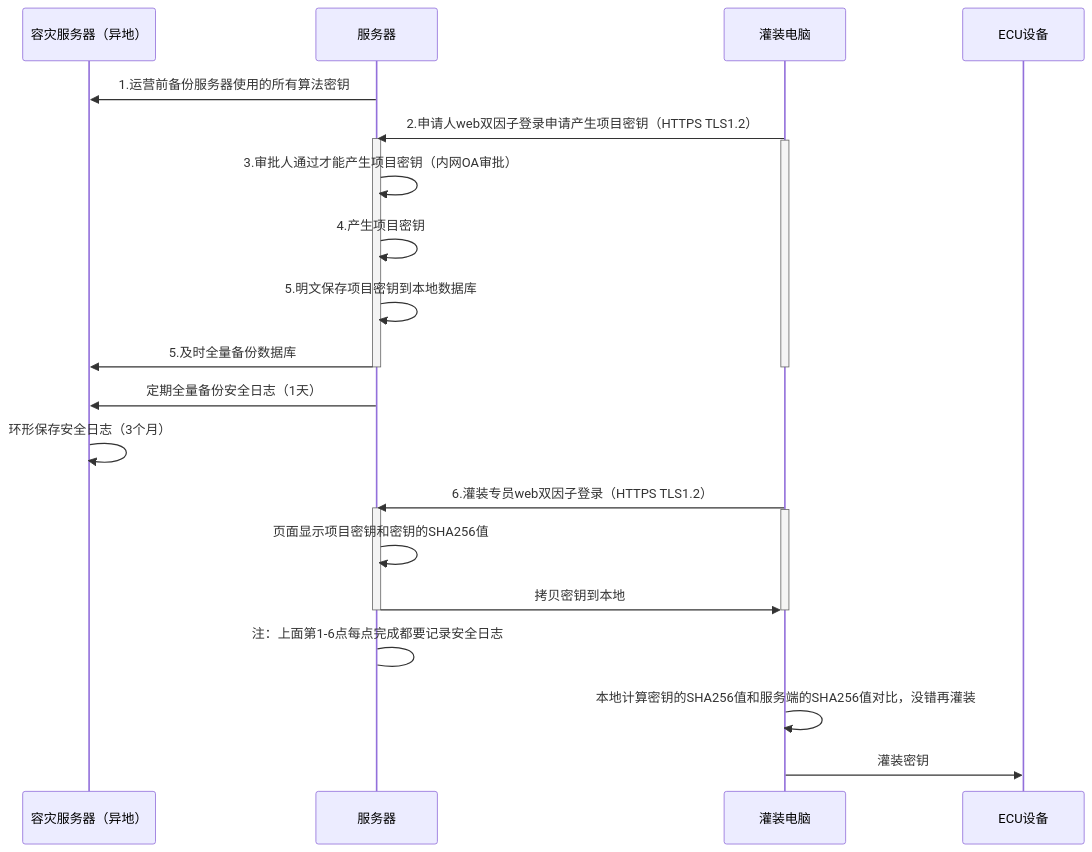
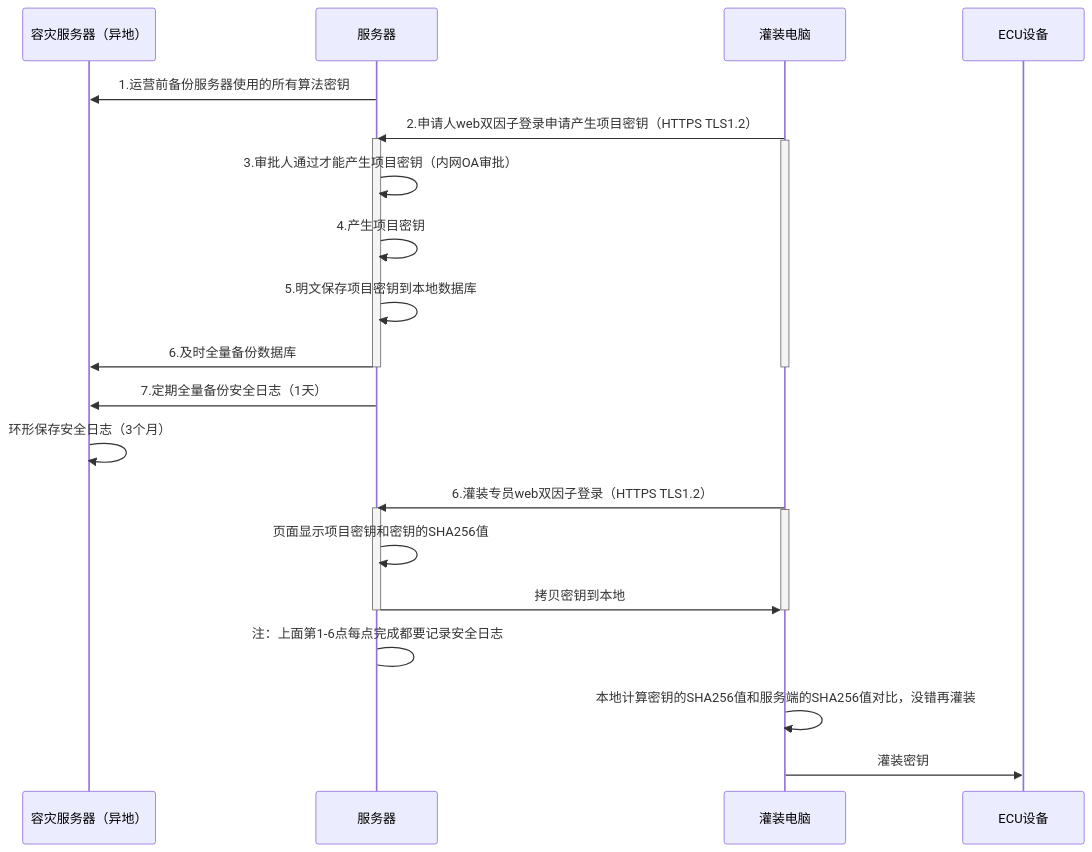
The diagram in all/未命名-25.md (facebook-cloud/iodraw-files), drawn with Mermaid before and after one commit.

Commit message:
2026-04-21 14:13:24 update

````diff
--- a/all/未命名-25.md
+++ b/all/未命名-25.md
@@ -1,35 +1,35 @@
 ```mermaid
 sequenceDiagram
     participant A as 容灾服务器（异地）
     participant B as 服务器
     participant D as 灌装电脑
     participant E as ECU设备
 
     B->>A: 1.运营前备份服务器使用的所有算法密钥
     D->>B: 2.申请人web双因子登录申请产生项目密钥（HTTPS TLS1.2）
     activate B
     activate D
     B->>B: 3.审批人通过才能产生项目密钥（内网OA审批）
     B->>B: 4.产生项目密钥
     B->>B: 5.明文保存项目密钥到本地数据库
-    B->>A: 5.及时全量备份数据库
+    B->>A: 6.及时全量备份数据库
 
     deactivate B
     deactivate D
 
-    B->>A: 定期全量备份安全日志（1天）
+    B->>A: 7.定期全量备份安全日志（1天）
     A->>A: 环形保存安全日志（3个月）
     
     D->>B: 6.灌装专员web双因子登录（HTTPS TLS1.2）
     activate B
     activate D
     B->>B: 页面显示项目密钥和密钥的SHA256值
     B->>D: 拷贝密钥到本地
     deactivate B
     deactivate D
     B->B: 注：上面第1-6点每点完成都要记录安全日志
 
     D->>D:本地计算密钥的SHA256值和服务端的SHA256值对比，没错再灌装
     
     D->>E: 灌装密钥
 ```
````
